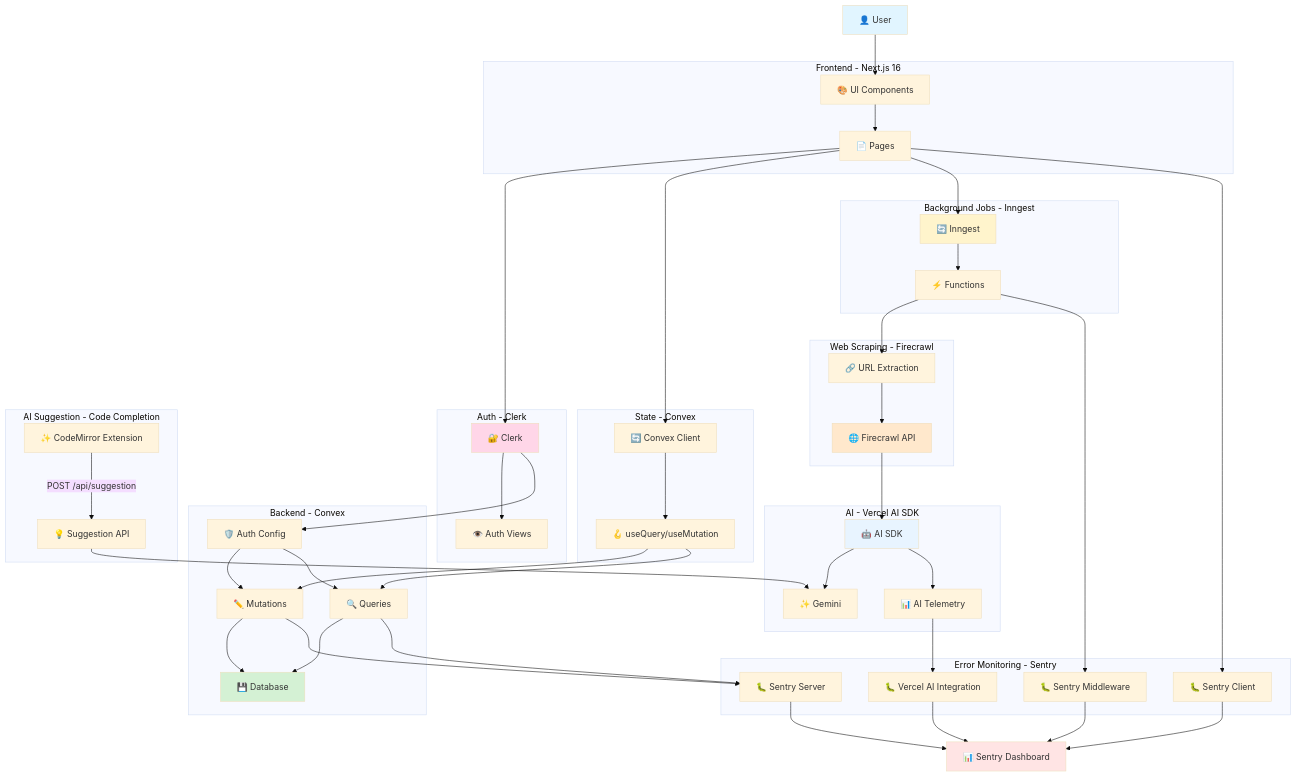
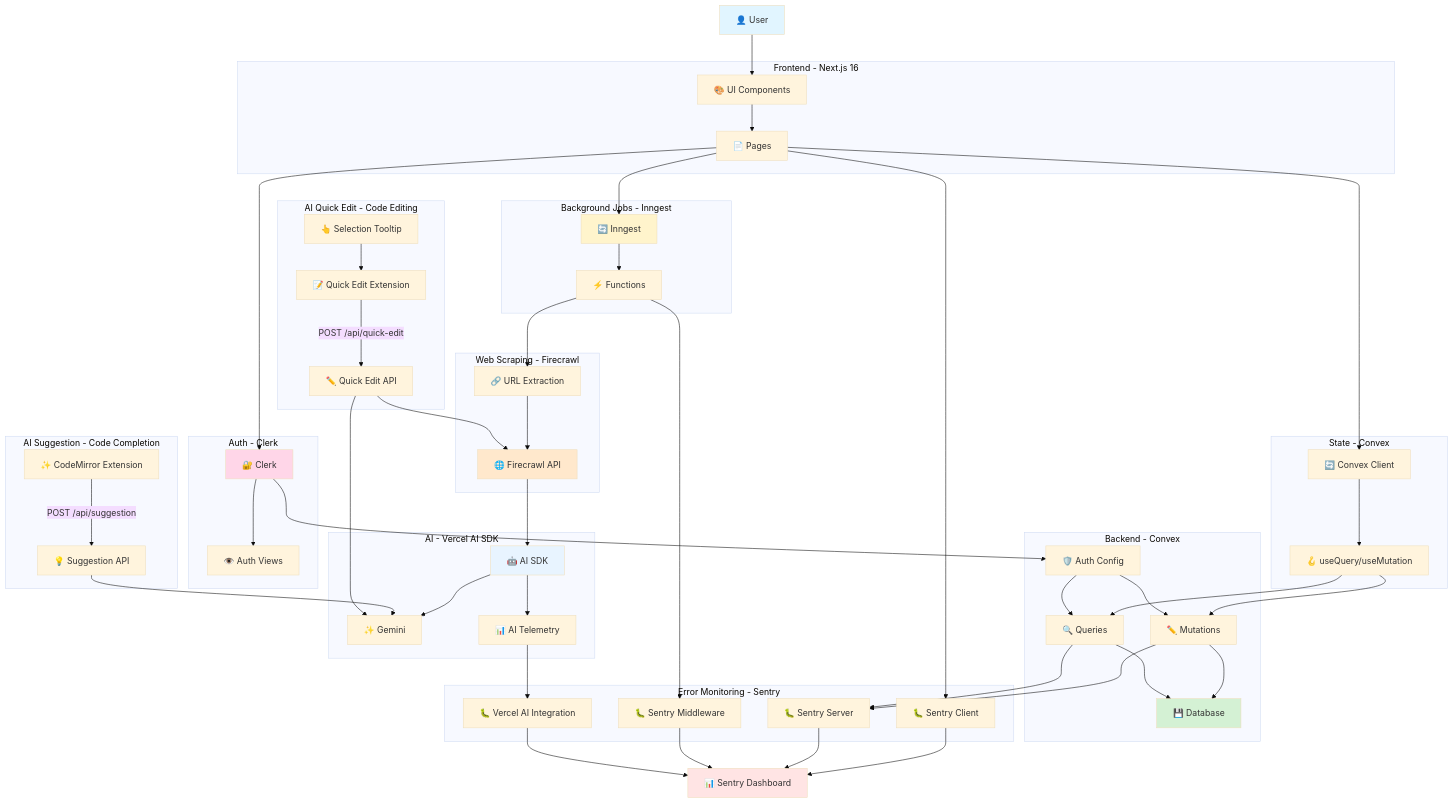
One commit to Code-with-Jok/v0-dev changed the first of 10 diagrams in docs/business-logic-mindmap.md. Above: the diagram before and after it, drawn with Mermaid (base theme). The commit also changed other lines of this file and 15 other files, not shown here.

Commit message:
feat: Implement AI code suggestion and quick edit features with dedicated API routes, editor extensions, and documentation.

```diff
--- a/docs/business-logic-mindmap.md
+++ b/docs/business-logic-mindmap.md
@@ -52,6 +52,12 @@
         SuggestionExt["✨ CodeMirror Extension"]
     end
 
+    subgraph "AI Quick Edit - Code Editing"
+        QuickEditAPI["✏️ Quick Edit API"]
+        QuickEditExt["📝 Quick Edit Extension"]
+        SelectionTooltip["👆 Selection Tooltip"]
+    end
+
     subgraph "Error Monitoring - Sentry"
         SentryClient["🐛 Sentry Client"]
         SentryServer["🐛 Sentry Server"]
@@ -74,6 +80,11 @@
     SuggestionExt -->|"POST /api/suggestion"| SuggestionAPI
     SuggestionAPI --> Gemini
 
+    SelectionTooltip --> QuickEditExt
+    QuickEditExt -->|"POST /api/quick-edit"| QuickEditAPI
+    QuickEditAPI --> Firecrawl
+    QuickEditAPI --> Gemini
+
     Pages --> SentryClient
     Mutations & Queries --> SentryServer
     Functions --> SentryInngest
```
